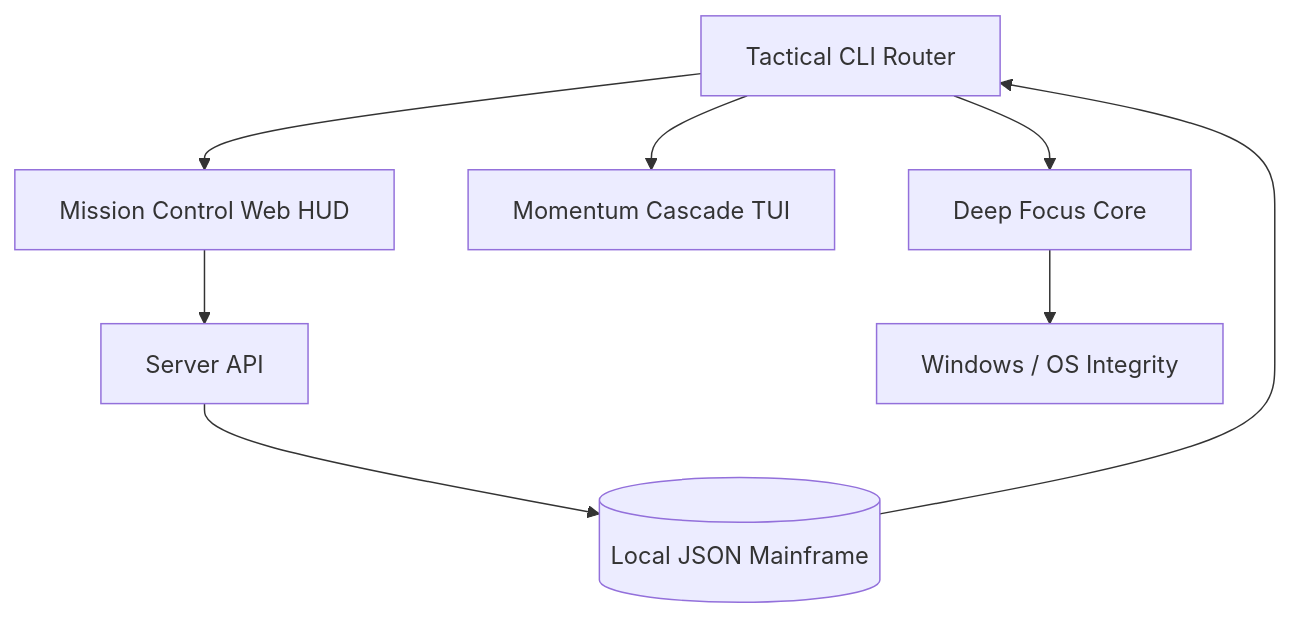
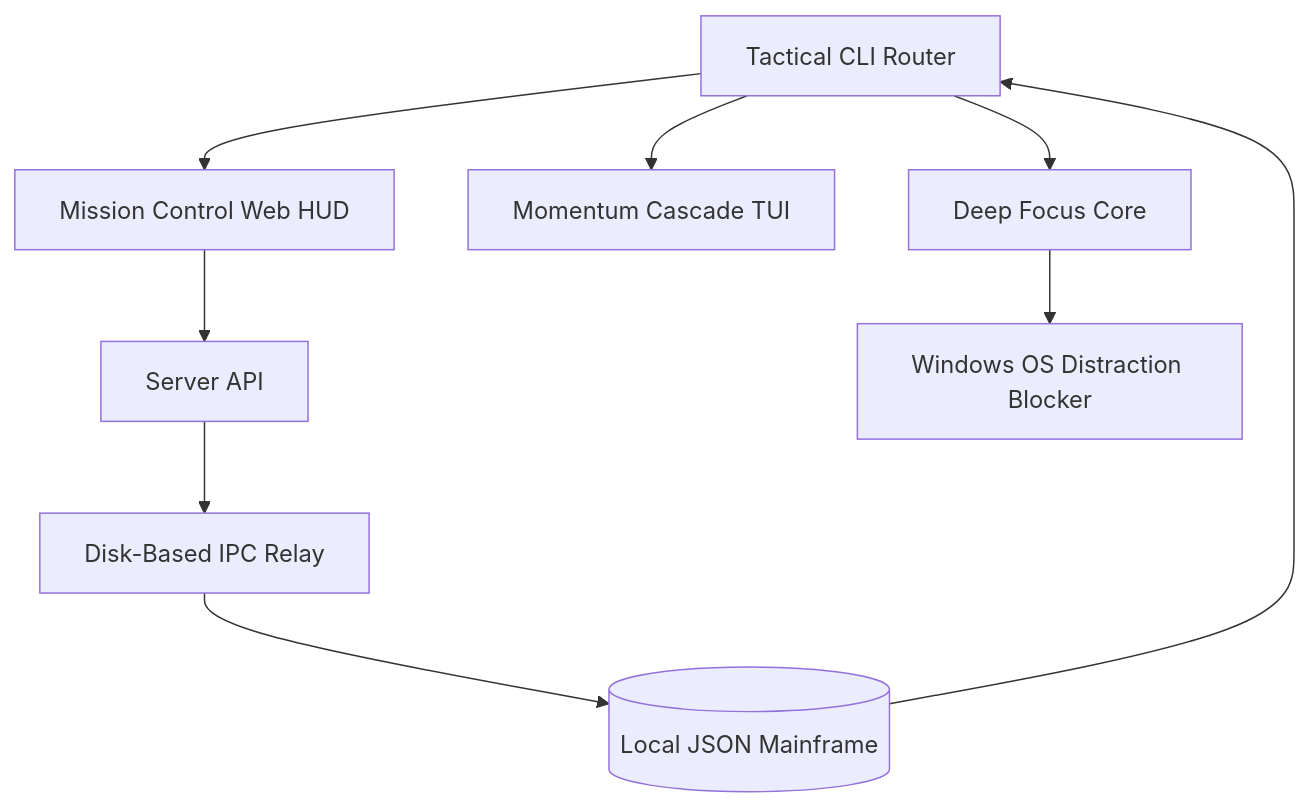
The diagram in README.md (Mohith535/TaskFlow), drawn with Mermaid before and after one commit. The commit also changed other lines of this file and 5 other files, not shown here.

````diff
--- a/README.md
+++ b/README.md
@@ -92,10 +97,11 @@
 ```mermaid
 graph TD
     CLI[Tactical CLI Router] --> Engine[Deep Focus Core]
     CLI --> UI_TUI[Momentum Cascade TUI]
     CLI --> UI_WEB[Mission Control Web HUD]
     UI_WEB --> API[Server API]
-    API --> Storage[(Local JSON Mainframe)]
-    Engine --> System[Windows / OS Integrity]
+    API --> IPC[Disk-Based IPC Relay]
+    IPC --> Storage[(Local JSON Mainframe)]
+    Engine --> System[Windows OS Distraction Blocker]
     Storage --> CLI
 ```
````
